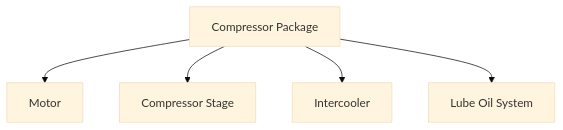
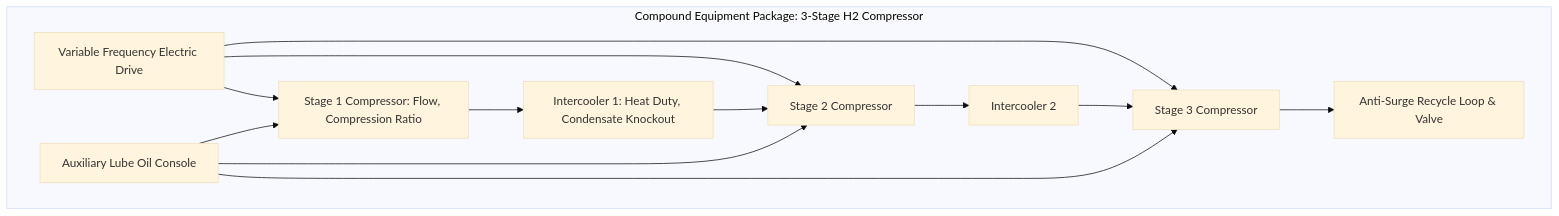
One commit to kaivyy/nebudcs changed the third of 3 diagrams in docs/architecture/custom-equipment.md. Above: the diagram before and after it, drawn with Mermaid (base theme). The commit also changed other lines of this file and 149 other files, not shown here.

````diff
--- a/docs/architecture/custom-equipment.md
+++ b/docs/architecture/custom-equipment.md
@@ -22,7 +94,25 @@
 ```mermaid
 graph TD
-    Pkg[Compressor Package] --> M[Motor]
-    Pkg --> C[Compressor Stage]
-    Pkg --> I[Intercooler]
-    Pkg --> L[Lube Oil System]
+    subgraph "Compound Equipment Package: 3-Stage H2 Compressor"
+        Stage1[Stage 1 Compressor: Flow, Compression Ratio]
+        Cooler1[Intercooler 1: Heat Duty, Condensate Knockout]
+        Stage2[Stage 2 Compressor]
+        Cooler2[Intercooler 2]
+        Stage3[Stage 3 Compressor]
+        Recycle[Anti-Surge Recycle Loop & Valve]
+        Lube[Auxiliary Lube Oil Console]
+        Motor[Variable Frequency Electric Drive]
+    end
+
+    Motor --> Stage1
+    Motor --> Stage2
+    Motor --> Stage3
+    Stage1 --> Cooler1
+    Cooler1 --> Stage2
+    Stage2 --> Cooler2
+    Cooler2 --> Stage3
+    Stage3 --> Recycle
+    Lube --> Stage1
+    Lube --> Stage2
+    Lube --> Stage3
 ```
````
